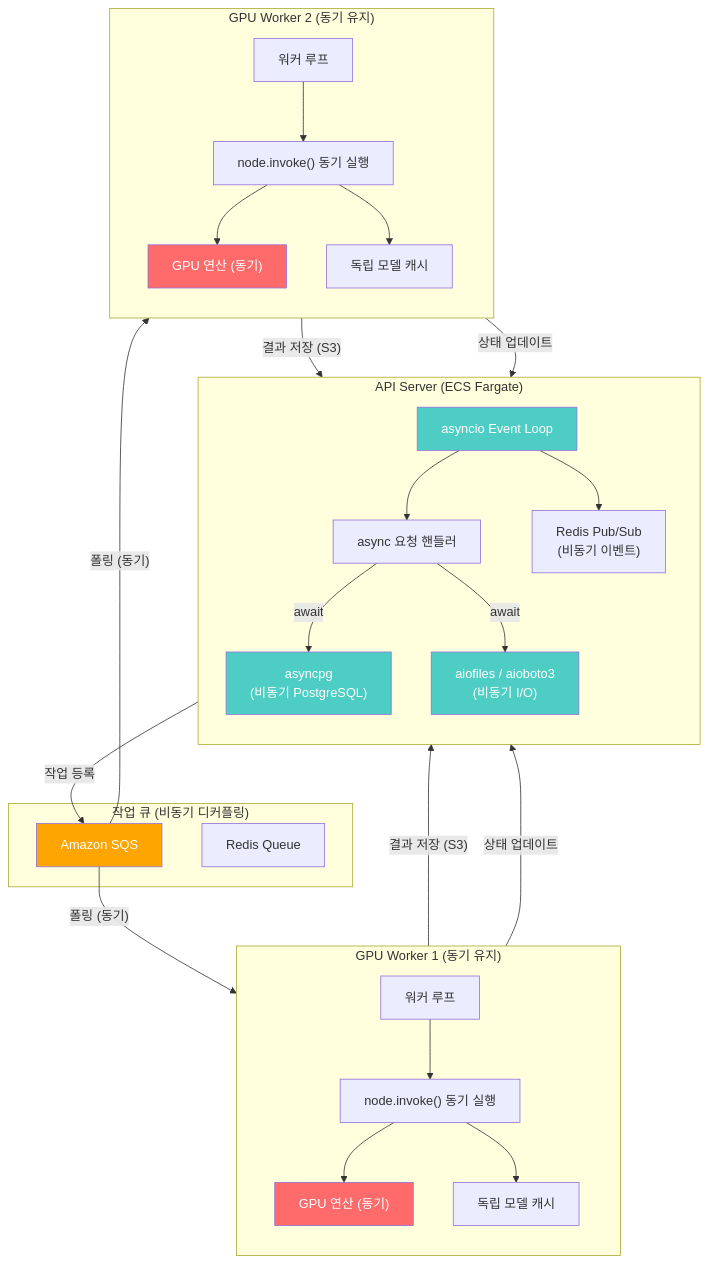
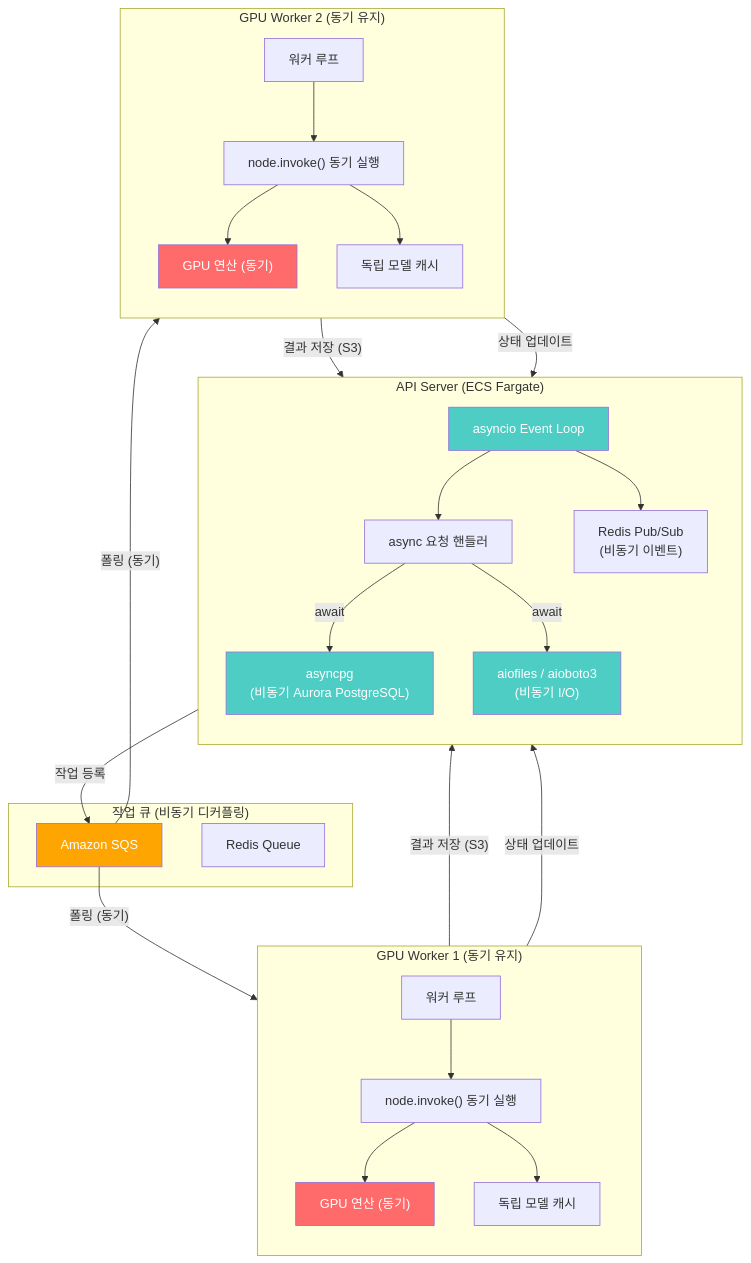
Before and after one commit to Pinksea-AI/InvokeAI: diagram 14 of 22 in docs/saas-analysis/02_ARCHITECTURE_DIAGRAMS.md, drawn with Mermaid. The commit also changed other lines of this file and 1 other file, not shown here.

First line of the commit message:
docs: RDS→Aurora PostgreSQL 전환 (2차: Docs 02,04)

````diff
--- a/docs/saas-analysis/02_ARCHITECTURE_DIAGRAMS.md
+++ b/docs/saas-analysis/02_ARCHITECTURE_DIAGRAMS.md
@@ -910,60 +910,60 @@
 ```mermaid
 graph TB
     subgraph "API Server (ECS Fargate)"
         direction TB
         EL2["asyncio Event Loop"]
         HTTP2["async 요청 핸들러"]
-        ASYNC_DB["asyncpg<br/>(비동기 PostgreSQL)"]
+        ASYNC_DB["asyncpg<br/>(비동기 Aurora PostgreSQL)"]
         ASYNC_IO["aiofiles / aioboto3<br/>(비동기 I/O)"]
         REDIS_PUB["Redis Pub/Sub<br/>(비동기 이벤트)"]
 
         EL2 --> HTTP2
         HTTP2 -->|"await"| ASYNC_DB
         HTTP2 -->|"await"| ASYNC_IO
         EL2 --> REDIS_PUB
     end
 
     subgraph "작업 큐 (비동기 디커플링)"
         SQS["Amazon SQS"]
         REDIS_Q["Redis Queue"]
     end
 
     subgraph "GPU Worker 1 (동기 유지)"
         direction TB
         W1_LOOP["워커 루프"]
         W1_NODE["node.invoke() 동기 실행"]
         W1_GPU["GPU 연산 (동기)"]
         W1_CACHE["독립 모델 캐시"]
 
         W1_LOOP --> W1_NODE
         W1_NODE --> W1_GPU
         W1_NODE --> W1_CACHE
     end
 
     subgraph "GPU Worker 2 (동기 유지)"
         direction TB
         W2_LOOP["워커 루프"]
         W2_NODE["node.invoke() 동기 실행"]
         W2_GPU["GPU 연산 (동기)"]
         W2_CACHE["독립 모델 캐시"]
 
         W2_LOOP --> W2_NODE
         W2_NODE --> W2_GPU
         W2_NODE --> W2_CACHE
     end
 
     HTTP2 -->|"작업 등록"| SQS
     SQS -->|"폴링 (동기)"| W1_LOOP
     SQS -->|"폴링 (동기)"| W2_LOOP
     W1_NODE -->|"결과 저장 (S3)"| ASYNC_IO
     W2_NODE -->|"결과 저장 (S3)"| ASYNC_IO
     W1_NODE -->|"상태 업데이트"| REDIS_PUB
     W2_NODE -->|"상태 업데이트"| REDIS_PUB
 
     style EL2 fill:#4ecdc4,color:#fff
     style ASYNC_DB fill:#4ecdc4,color:#fff
     style ASYNC_IO fill:#4ecdc4,color:#fff
     style W1_GPU fill:#ff6b6b,color:#fff
     style W2_GPU fill:#ff6b6b,color:#fff
     style SQS fill:#ffa502,color:#fff
 ```
````
